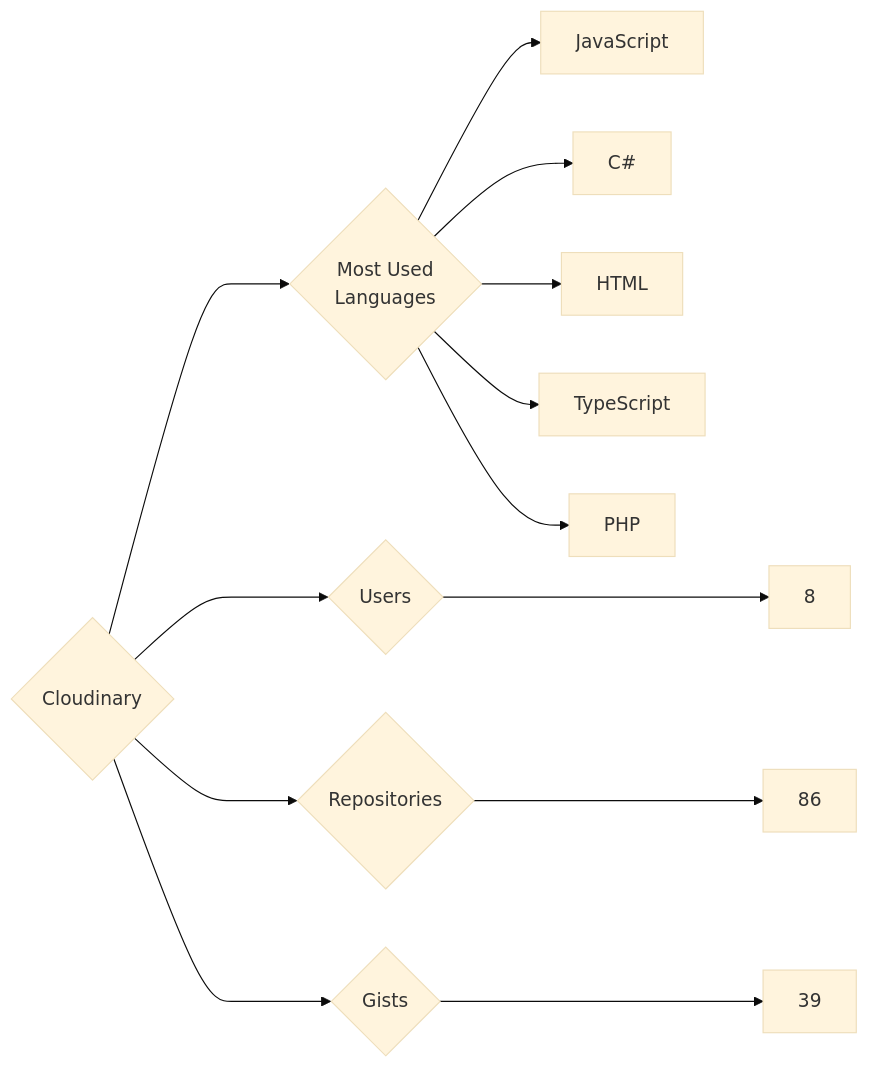
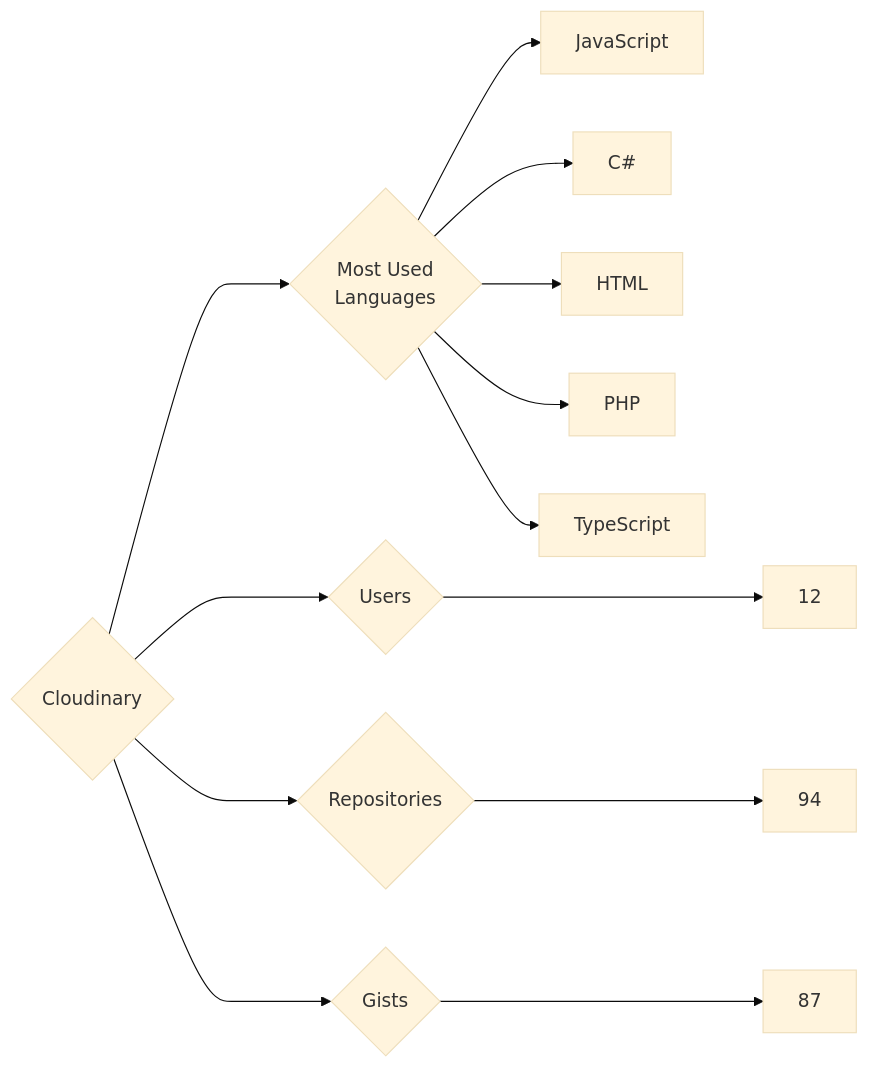
The diagram in targets/Cloudinary/README.md (trickest/insiders), drawn with Mermaid (base theme) before and after one commit. The commit also changed 782 other files, not shown here.

````diff
--- a/targets/Cloudinary/README.md
+++ b/targets/Cloudinary/README.md
@@ -3,13 +3,13 @@
 ```mermaid
 graph LR
 COMPANY_NAME{Cloudinary}
-COMPANY_NAME ---> U{Users} ---> UN[8]
-COMPANY_NAME ---> R{Repositories} ---> RN[86]
-COMPANY_NAME ---> G{Gists} ---> GN[39]
+COMPANY_NAME ---> U{Users} ---> UN[12]
+COMPANY_NAME ---> R{Repositories} ---> RN[94]
+COMPANY_NAME ---> G{Gists} ---> GN[87]
 COMPANY_NAME ---> ML{Most Used<br>Languages}
 ML --> JavaScript[JavaScript]
 ML --> C#[C#]
 ML --> HTML[HTML]
+ML --> PHP[PHP]
 ML --> TypeScript[TypeScript]
-ML --> PHP[PHP]
 ```
````
